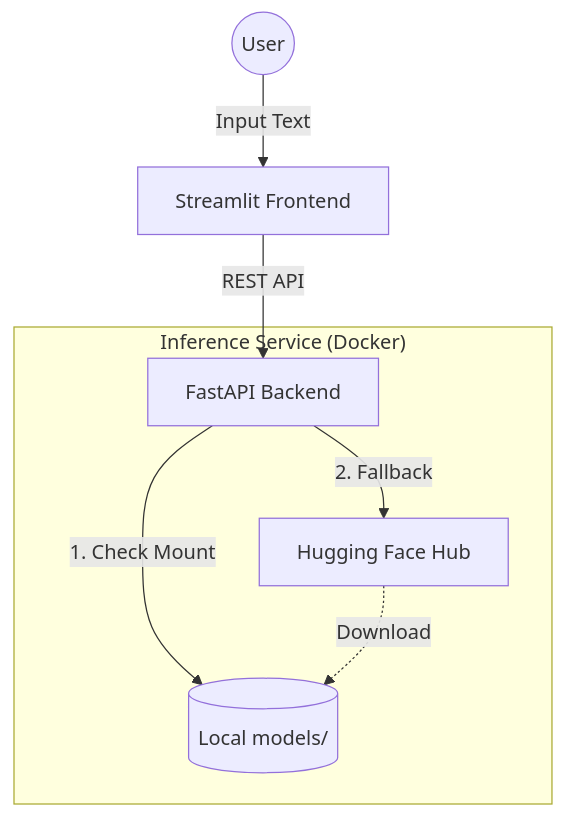
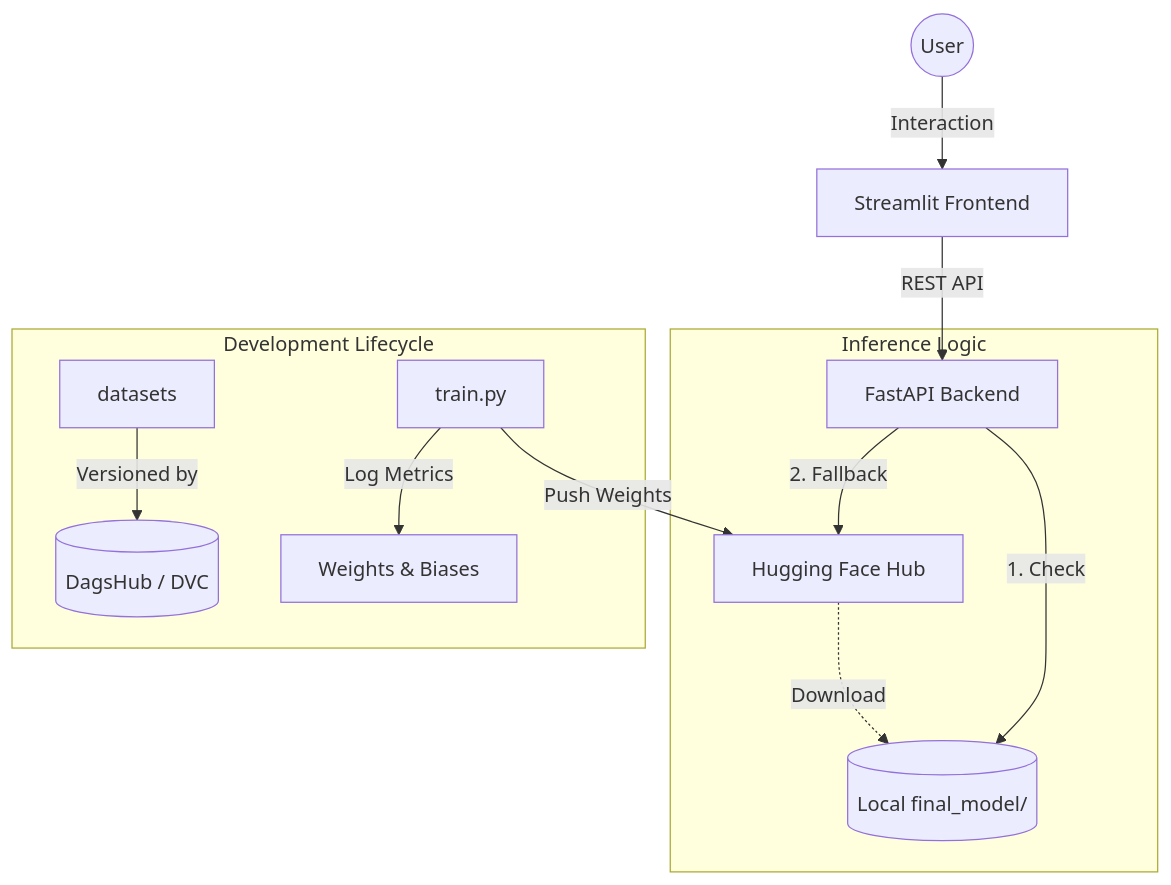
Before and after one commit to RichardHolzhofer/Polyglot-NER-project: the diagram in README.md, drawn with Mermaid. The commit also changed other lines of this file and 17 other files, not shown here.

````diff
--- a/README.md
+++ b/README.md
@@ -16,11 +19,27 @@
 ```mermaid
 graph TD
-    User((User)) -->|Input Text| Streamlit[Streamlit Frontend]
-    Streamlit -->|REST API| FastAPI[FastAPI Backend]
+    %% Entities
+    User((User))
+    UI[Streamlit Frontend]
+    API[FastAPI Backend]
+    LocalModels[(Local final_model/)]
+    HFHub[Hugging Face Hub]
+    DVC[(DagsHub / DVC)]
+    WNB[Weights & Biases]
     
-    subgraph "Inference Service (Docker)"
-        FastAPI -->|1. Check Mount| Models[(Local models/)]
-        FastAPI -->|2. Fallback| HFHub[Hugging Face Hub]
-        HFHub -.->|Download| Models
+    %% Flows
+    User -->|Interaction| UI
+    UI -->|REST API| API
+    
+    subgraph "Inference Logic"
+        API -->|1. Check| LocalModels
+        API -->|2. Fallback| HFHub
+        HFHub -.->|Download| LocalModels
+    end
+    
+    subgraph "Development Lifecycle"
+        Train[train.py] -->|Log Metrics| WNB
+        Train -->|Push Weights| HFHub
+        Data[datasets] -->|Versioned by| DVC
     end
 ```
````
